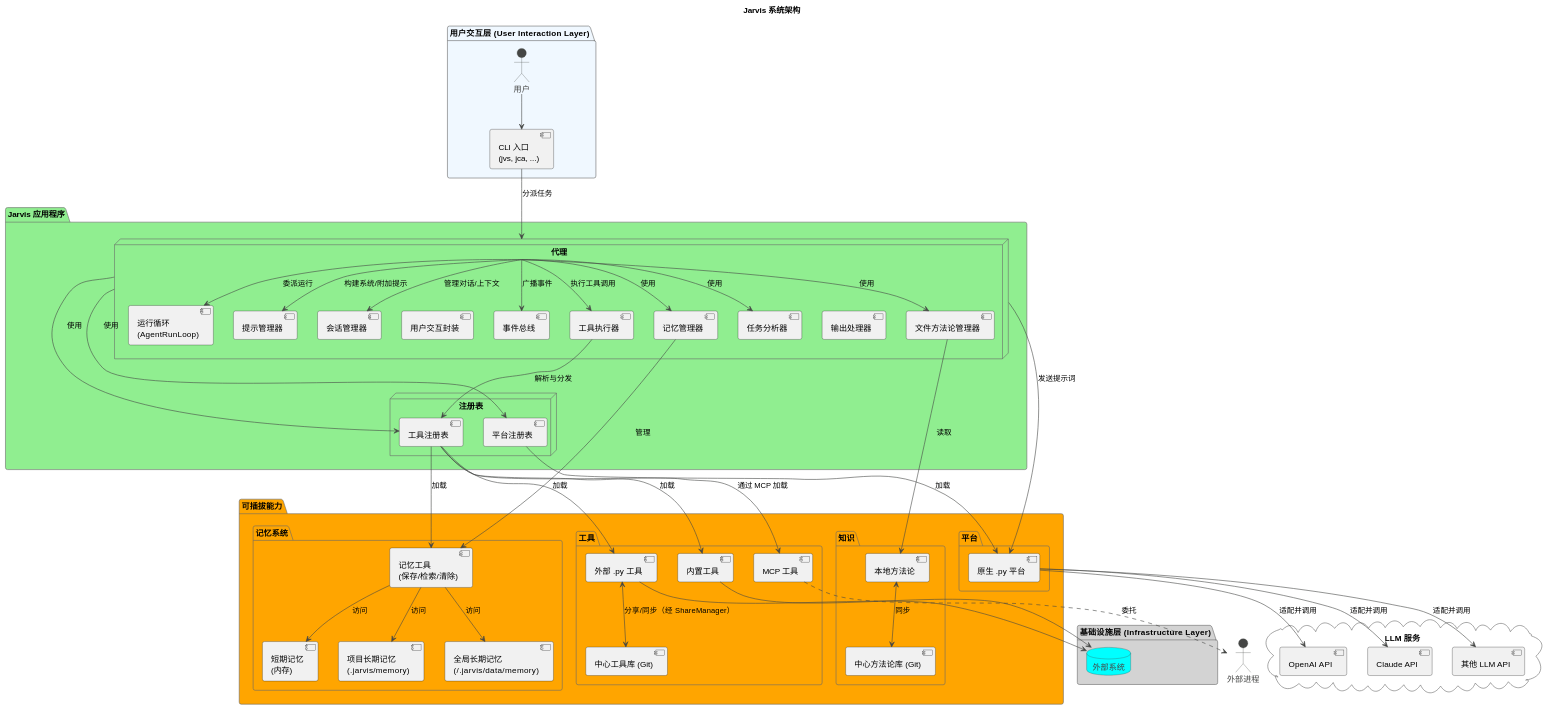
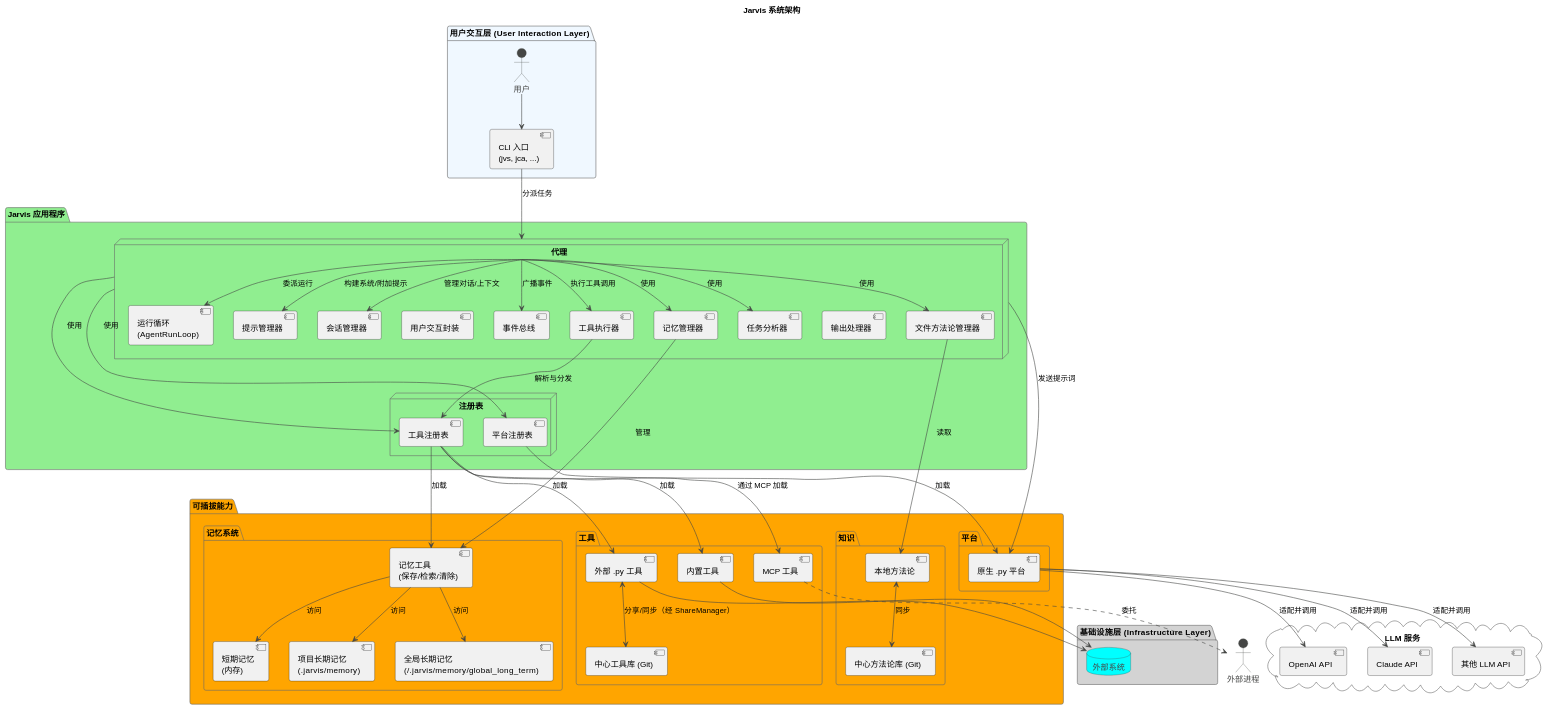
One commit to skyfireitdiy/Jarvis changed the first of 2 diagrams in docs/jarvis_book/1.项目介绍.md. Above: the diagram before and after it, drawn with PlantUML. The commit also changed 3 other files, not shown here.

```diff
--- a/docs/jarvis_book/1.项目介绍.md
+++ b/docs/jarvis_book/1.项目介绍.md
@@ -109,7 +109,7 @@
     package "记忆系统" {
         [短期记忆\n(内存)] as ShortMem
         [项目长期记忆\n(.jarvis/memory)] as ProjMem
-        [全局长期记忆\n(~/.jarvis/data/memory)] as GlobalMem
+        [全局长期记忆\n(~/.jarvis/memory/global_long_term)] as GlobalMem
         [记忆工具\n(保存/检索/清除)] as MemTools
     }
 }
```
